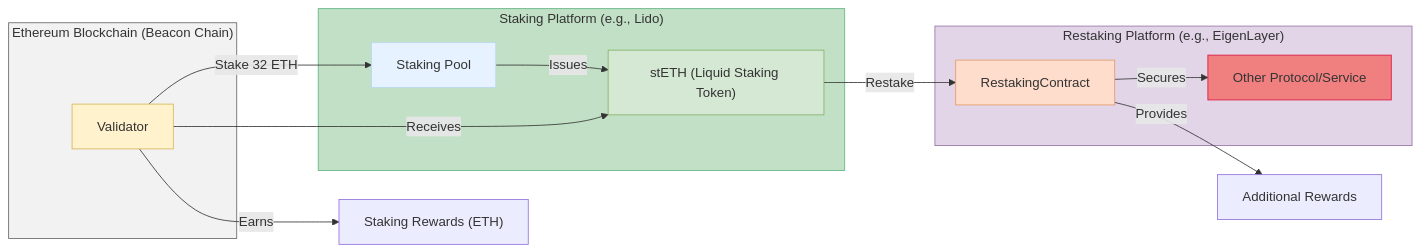
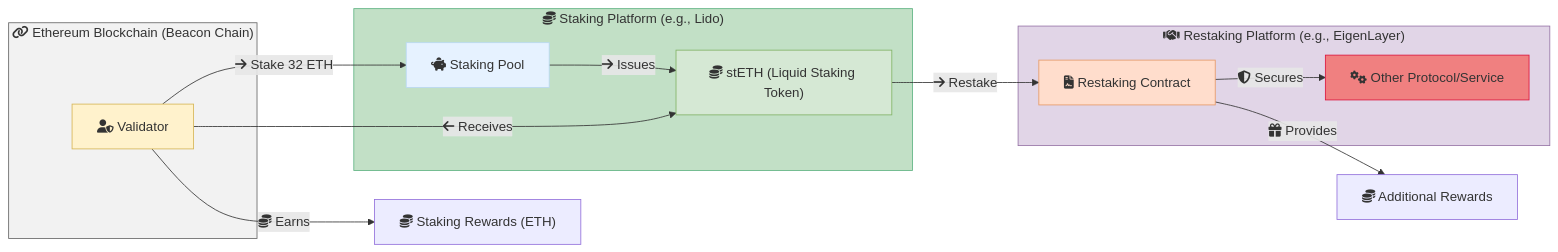
Before and after one commit to kelvin-bz/blog: the tenth of 22 diagrams in _posts/2024-07-06-blockchain-for-dummies.md, drawn with Mermaid. The commit also changed other lines of this file, not shown here.

````diff
--- a/_posts/2024-07-06-blockchain-for-dummies.md
+++ b/_posts/2024-07-06-blockchain-for-dummies.md
@@ -321,35 +329,38 @@
 ```mermaid
 graph LR
-subgraph EthereumBlockchain["Ethereum Blockchain (Beacon Chain)"]
-    style EthereumBlockchain fill:#F2F2F2,stroke:#666666
-    Validator["Validator"]
-    style Validator fill:#FFF2CC,stroke:#D6B656
-end
+    classDef network fill:#f0f0f0,stroke:#333,stroke-width:2px;
 
-subgraph StakingPlatform["Staking Platform (e.g., Lido)"]
-    style StakingPlatform fill:#C2E0C6,stroke:#5FB483
-    StakingPool["Staking Pool"]
-    style StakingPool fill:#E6F2FF,stroke:#B8D8F2
-    stETH["stETH (Liquid Staking Token)"]
-    style stETH fill:#D5E8D4,stroke:#82B366
-end
+    subgraph EthereumBlockchain["fa:fa-link Ethereum Blockchain (Beacon Chain)"]
+        style EthereumBlockchain fill:#F2F2F2,stroke:#666666
+        Validator["fa:fa-user-shield Validator"]
+        style Validator fill:#FFF2CC,stroke:#D6B656
+    end
 
-subgraph RestakingPlatform["Restaking Platform (e.g., EigenLayer)"]
-    style RestakingPlatform fill:#E1D5E7,stroke:#9673A6
-    RestakingContract
-    style RestakingContract fill:#FFDDCC,stroke:#E69966
-    OtherProtocol["Other Protocol/Service"]
-    style OtherProtocol fill:#F08080,stroke:#DC143C
-end
+    subgraph StakingPlatform["fa:fa-coins Staking Platform (e.g., Lido)"]
+        style StakingPlatform fill:#C2E0C6,stroke:#5FB483
+        StakingPool["fa:fa-piggy-bank Staking Pool"]
+        style StakingPool fill:#E6F2FF,stroke:#B8D8F2
+        stETH["fa:fa-coins stETH (Liquid Staking Token)"]
+        style stETH fill:#D5E8D4,stroke:#82B366
+    end
 
-Validator -- "Stake 32 ETH" --> StakingPool
-StakingPool -- "Issues" --> stETH
-Validator -- "Receives" --> stETH
+    subgraph RestakingPlatform["fa:fa-handshake Restaking Platform (e.g., EigenLayer)"]
+        style RestakingPlatform fill:#E1D5E7,stroke:#9673A6
+        RestakingContract["fa:fa-file-contract Restaking Contract"]
+        style RestakingContract fill:#FFDDCC,stroke:#E69966
+        OtherProtocol["fa:fa-cogs Other Protocol/Service"]
+        style OtherProtocol fill:#F08080,stroke:#DC143C
+    end
 
-stETH -- "Restake" --> RestakingContract
-RestakingContract -- "Secures" --> OtherProtocol
-RestakingContract -- "Provides" --> AdditionalRewards["Additional Rewards"]
+    Validator -- "fa:fa-arrow-right Stake 32 ETH" --> StakingPool
+    StakingPool -- "fa:fa-arrow-right Issues" --> stETH
+    Validator -- "fa:fa-arrow-left Receives" --> stETH
 
-Validator -- "Earns" --> StakingRewards["Staking Rewards (ETH)"]
+    stETH -- "fa:fa-arrow-right Restake" --> RestakingContract
+    RestakingContract -- "fa:fa-shield-alt Secures" --> OtherProtocol
+    RestakingContract -- "fa:fa-gift Provides" --> AdditionalRewards["fa:fa-coins Additional Rewards"]
+
+    Validator -- "fa:fa-coins Earns" --> StakingRewards["fa:fa-coins Staking Rewards (ETH)"]
+
 
 ```
````
